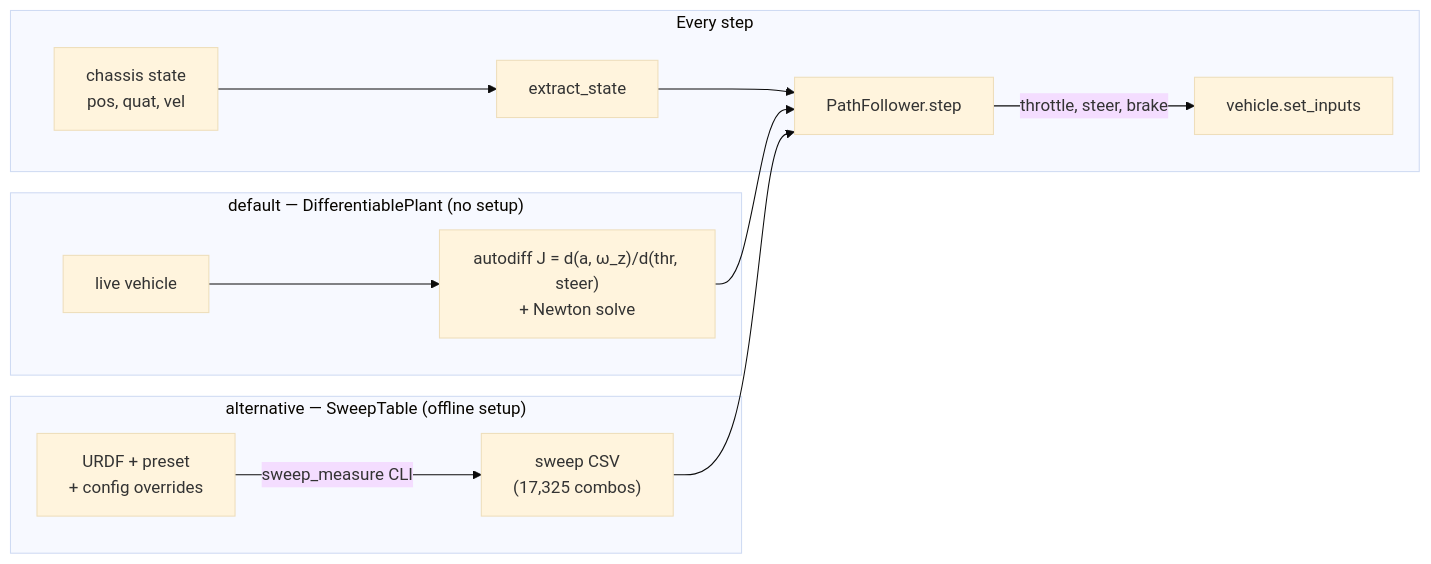
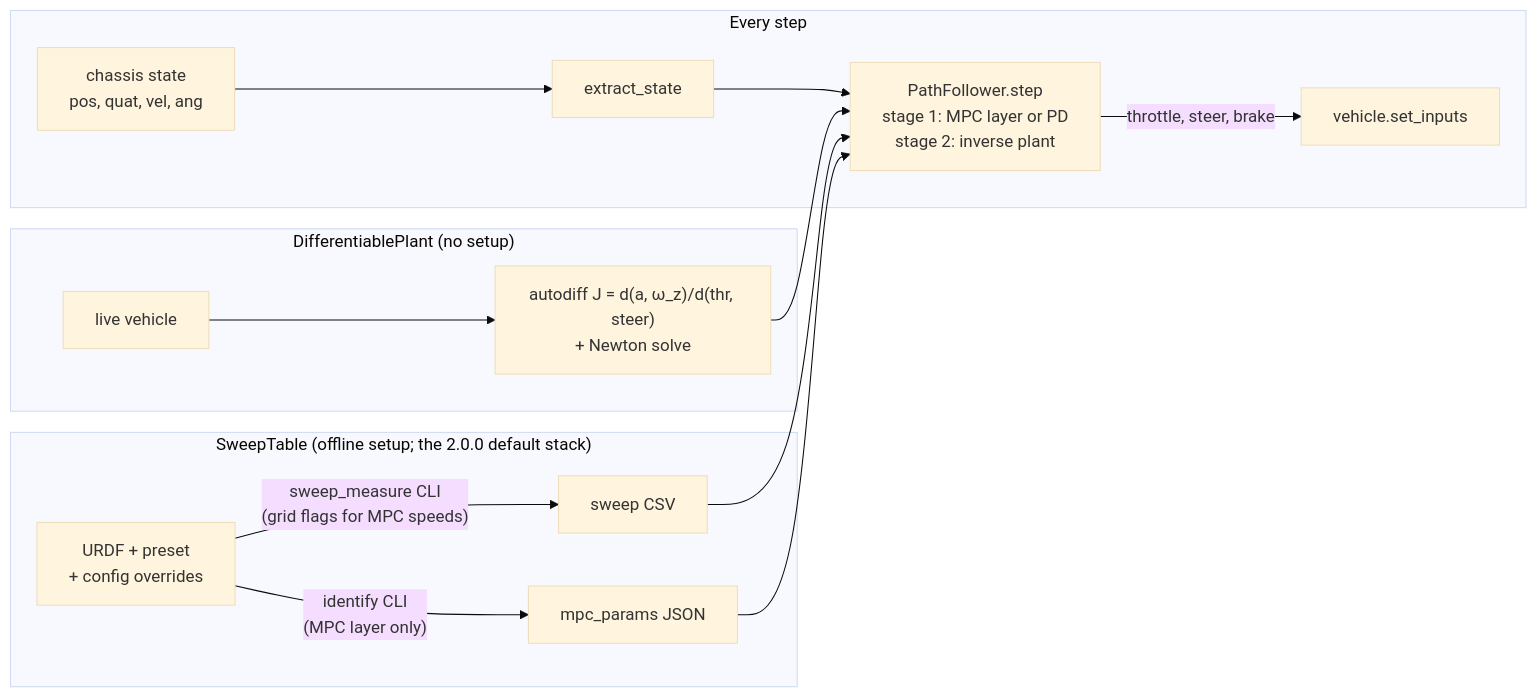
The first of 5 diagrams in docs/path-following.md (korfriend/GenesisVehicle), drawn with Mermaid (base theme) before and after one commit. The commit also changed other lines of this file and 61 other files, not shown here.

First line of the commit message:
release 2.0.0: MPC layer in PathFollower (field port, bicycle model), identify tool, brake_torque_signed removed

````diff
--- a/docs/path-following.md
+++ b/docs/path-following.md
@@ -48,16 +84,18 @@
 ```mermaid
 flowchart LR
-    subgraph jac ["default — DifferentiablePlant (no setup)"]
+    subgraph sw ["SweepTable (offline setup; the 2.0.0 default stack)"]
+        U["URDF + preset<br/>+ config overrides"] -->|"sweep_measure CLI<br/>(grid flags for MPC speeds)"| CSV["sweep CSV"]
+        U -->|"identify CLI<br/>(MPC layer only)"| PRM["mpc_params JSON"]
+    end
+    subgraph jac ["DifferentiablePlant (no setup)"]
         VEHJ["live vehicle"] --> JP["autodiff J = d(a, ω_z)/d(thr, steer)<br/>+ Newton solve"]
     end
-    subgraph sw ["alternative — SweepTable (offline setup)"]
-        U["URDF + preset<br/>+ config overrides"] -->|sweep_measure CLI| CSV["sweep CSV<br/>(17,325 combos)"]
-    end
     subgraph game ["Every step"]
-        ST["chassis state<br/>pos, quat, vel"] --> EX["extract_state"]
-        EX --> PF["PathFollower.step"]
+        ST["chassis state<br/>pos, quat, vel, ang"] --> EX["extract_state"]
+        EX --> PF["PathFollower.step<br/>stage 1: MPC layer or PD<br/>stage 2: inverse plant"]
+        PRM --> PF
         JP --> PF
         CSV --> PF
         PF -->|"throttle, steer, brake"| VEH["vehicle.set_inputs"]
     end
 ```
````
